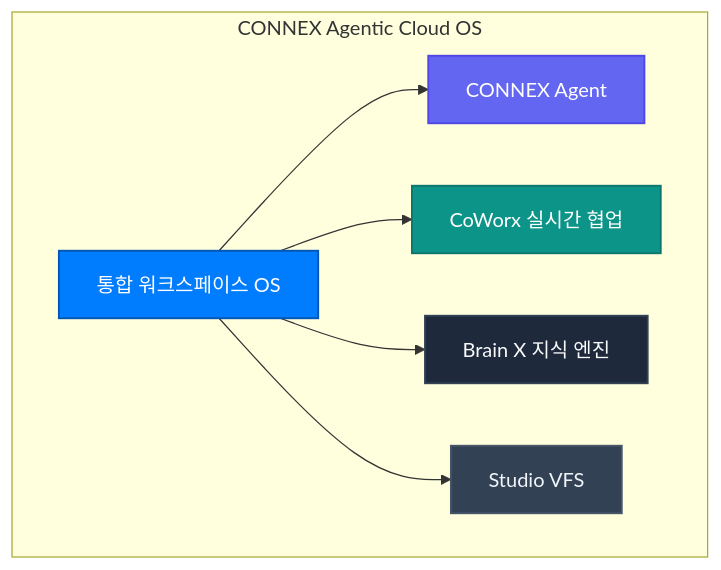
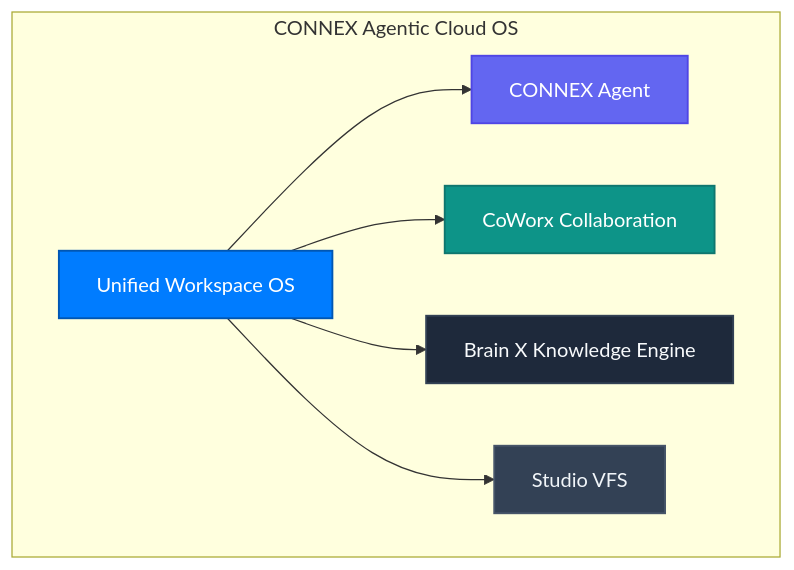
Before and after one commit to Connex-Brothers-Consulting-Group/cbcg-hs-connex-docs: the diagram in get-started/overview.mdx, drawn with Mermaid. The commit also changed other lines of this file and 30 other files, not shown here.

````diff
--- a/get-started/overview.mdx
+++ b/get-started/overview.mdx
@@ -9,21 +9,21 @@
 ```mermaid
 graph TD
     classDef primary fill:#007CFF,stroke:#0056B3,stroke-width:1.5px,color:#FFFFFF;
     classDef enterprise fill:#1E293B,stroke:#334155,stroke-width:1.5px,color:#F8FAFC;
     classDef accent fill:#0D9488,stroke:#0F766E,stroke-width:1.5px,color:#FFFFFF;
     classDef storage fill:#334155,stroke:#475569,stroke-width:1.5px,color:#F1F5F9;
     classDef ai fill:#6366F1,stroke:#4F46E5,stroke-width:1.5px,color:#FFFFFF;
 
-    subgraph PlatformArchitecture ["CONNEX Agentic Cloud OS"]
-        OS["통합 워크스페이스 OS"]:::primary
+    subgraph Architecture ["CONNEX Agentic Cloud OS"]
+        OS["Unified Workspace OS"]:::primary
         Agent["CONNEX Agent"]:::ai
-        CoWorx["CoWorx 실시간 협업"]:::accent
-        BrainX["Brain X 지식 엔진"]:::enterprise
+        CoWorx["CoWorx Collaboration"]:::accent
+        BrainX["Brain X Knowledge Engine"]:::enterprise
         Studio["Studio VFS"]:::storage
     end
 
     OS --> Agent
     OS --> CoWorx
     OS --> BrainX
     OS --> Studio
 ```
````
